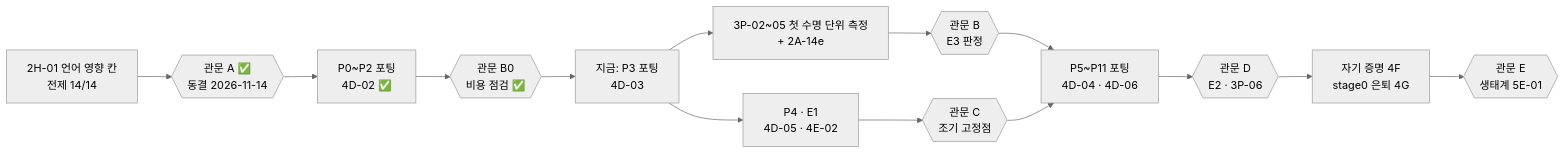
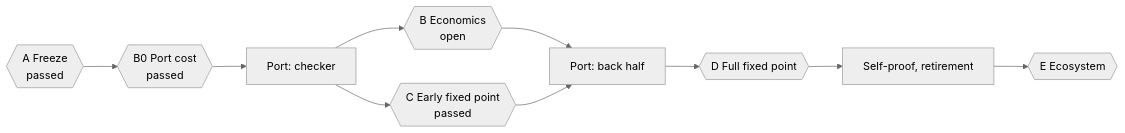
Before and after one commit to lang-bmb/lang-bmb: the second of 2 diagrams in docs/ROADMAP.md, drawn with Mermaid (neutral theme). The commit also changed other lines of this file and 383 other files, not shown here.

````diff
--- a/docs/ROADMAP.md
+++ b/docs/ROADMAP.md
@@ -144,11 +62,9 @@
 ```mermaid
 flowchart LR
-    N["2H-01 언어 영향 칸<br/>전제 14/14"] --> A{{"관문 A ✅<br/>동결 2026-11-14"}}
-    A --> P02["P0~P2 포팅<br/>4D-02 ✅"] --> B0{{"관문 B0<br/>비용 점검 ✅"}} --> P03["지금: P3 포팅<br/>4D-03"]
-    P03 --> M["3P-02~05 첫 수명 단위 측정<br/>+ 2A-14e"] --> B{{"관문 B<br/>E3 판정"}}
-    P03 --> P4["P4 · E1<br/>4D-05 · 4E-02"] --> C{{"관문 C<br/>조기 고정점"}}
-    B --> P511["P5~P11 포팅<br/>4D-04 · 4D-06"]
-    C --> P511
-    P511 --> D{{"관문 D<br/>E2 · 3P-06"}}
-    D --> SP["자기 증명 4F<br/>stage0 은퇴 4G"] --> E{{"관문 E<br/>생태계 5E-01"}}
+    A{{"A Freeze<br/>passed"}} --> B0{{"B0 Port cost<br/>passed"}} --> P3["Port: checker"]
+    P3 --> B{{"B Economics<br/>open"}}
+    P3 --> C{{"C Early fixed point<br/>passed"}}
+    B --> P5["Port: back half"]
+    C --> P5
+    P5 --> D{{"D Full fixed point"}} --> SP["Self-proof, retirement"] --> E{{"E Ecosystem"}}
 ```
````
